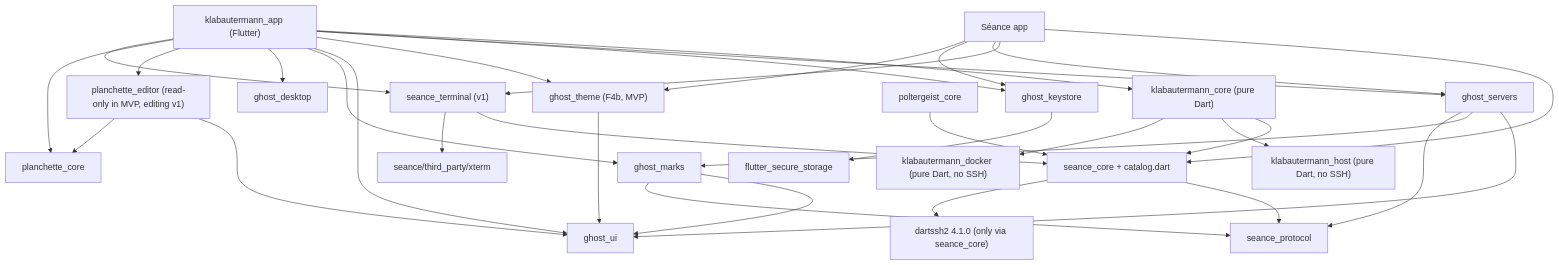
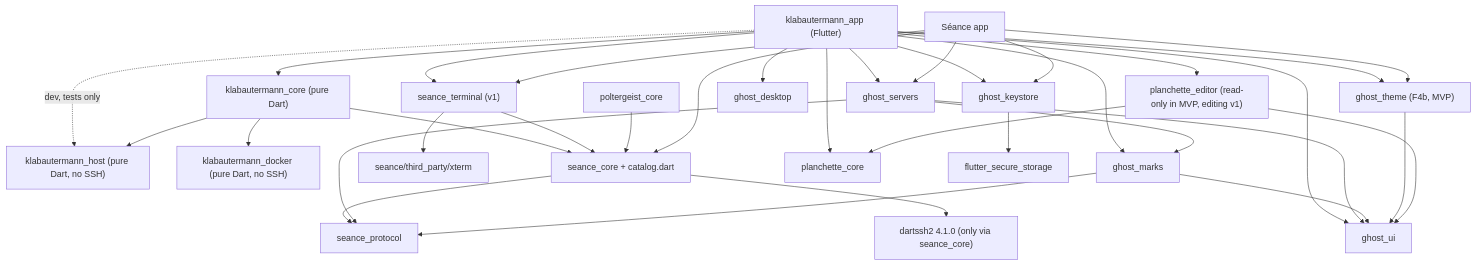
Before and after one commit to L-K-M/Hauntware: the diagram in docs/design/klabautermann/03-ARCHITECTURE.md, drawn with Mermaid. The commit also changed other lines of this file, not shown here.

First line of the commit message:
Show the app's test-only host edge in 03 §3.2

````diff
--- a/docs/design/klabautermann/03-ARCHITECTURE.md
+++ b/docs/design/klabautermann/03-ARCHITECTURE.md
@@ -1269,56 +1269,57 @@
 ```mermaid
 graph TD
   APP["klabautermann_app (Flutter)"]
   CORE["klabautermann_core (pure Dart)"]
   HOST["klabautermann_host (pure Dart, no SSH)"]
   DOCK["klabautermann_docker (pure Dart, no SSH)"]
   SC["seance_core + catalog.dart"]
   SP["seance_protocol"]
   DS["dartssh2 4.1.0 (only via seance_core)"]
   ST["seance_terminal (v1)"]
   XT["seance/third_party/xterm"]
   GS["ghost_servers"]
   GK["ghost_keystore"]
   GT["ghost_theme (F4b, MVP)"]
   GUI["ghost_ui"]
   GM["ghost_marks"]
   GD["ghost_desktop"]
   PE["planchette_editor (read-only in MVP, editing v1)"]
   PCO["planchette_core"]
   FSS["flutter_secure_storage"]
   POLT["poltergeist_core"]
   SEA["Séance app"]
 
   APP --> CORE
   APP --> GS
   APP --> GK
   APP --> GT
   APP --> GUI
   APP --> GM
   APP --> GD
   APP --> PE
   APP --> PCO
   APP --> ST
+  APP -.->|dev, tests only| HOST
   CORE --> SC
   CORE --> HOST
   CORE --> DOCK
   SC --> SP
   SC --> DS
   ST --> SC
   ST --> XT
   GS --> GUI
   GS --> GM
   GS --> SP
   GM --> GUI
   GM --> SP
   GK --> FSS
   GT --> GUI
   PE --> GUI
   PE --> PCO
   POLT --> SC
   SEA --> SC
   SEA --> ST
   SEA --> GS
   SEA --> GK
   SEA --> GT
 ```
````
